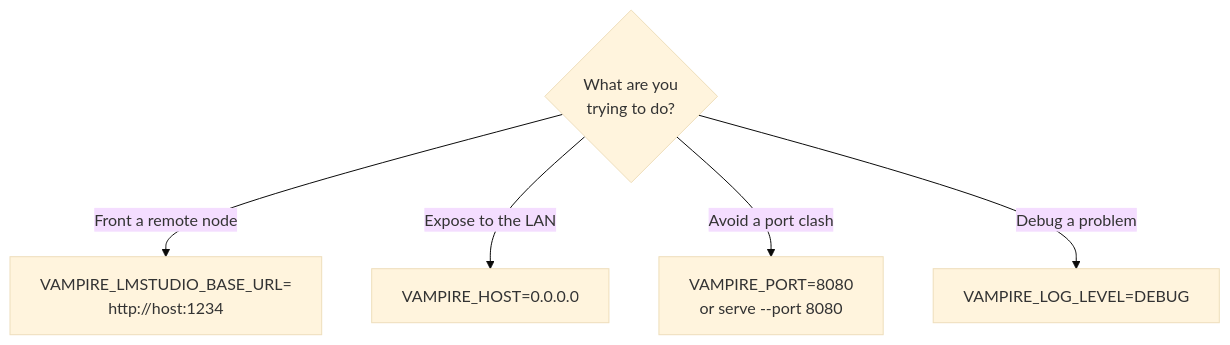
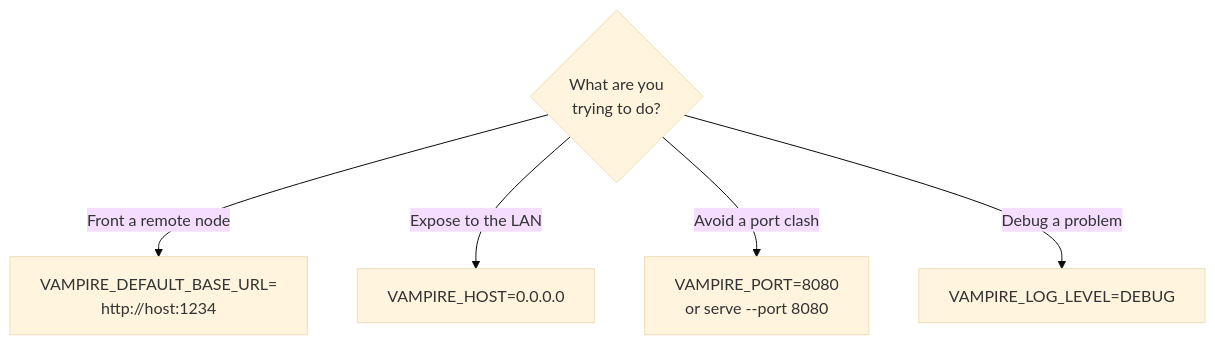
The second of 2 diagrams in docs/manual/04-configuration.md (japer-technology/llm-vampire), drawn with Mermaid (base theme) before and after one commit. The commit also changed other lines of this file and 68 other files, not shown here.

````diff
--- a/docs/manual/04-configuration.md
+++ b/docs/manual/04-configuration.md
@@ -77,8 +78,8 @@
 ```mermaid
 flowchart TD
     q{"What are you<br/>trying to do?"}
-    q -->|"Front a remote node"| a["VAMPIRE_LMSTUDIO_BASE_URL=<br/>http://host:1234"]
+    q -->|"Front a remote node"| a["VAMPIRE_DEFAULT_BASE_URL=<br/>http://host:1234"]
     q -->|"Expose to the LAN"| b["VAMPIRE_HOST=0.0.0.0"]
     q -->|"Avoid a port clash"| c["VAMPIRE_PORT=8080<br/>or serve --port 8080"]
     q -->|"Debug a problem"| d["VAMPIRE_LOG_LEVEL=DEBUG"]
 ```
````
